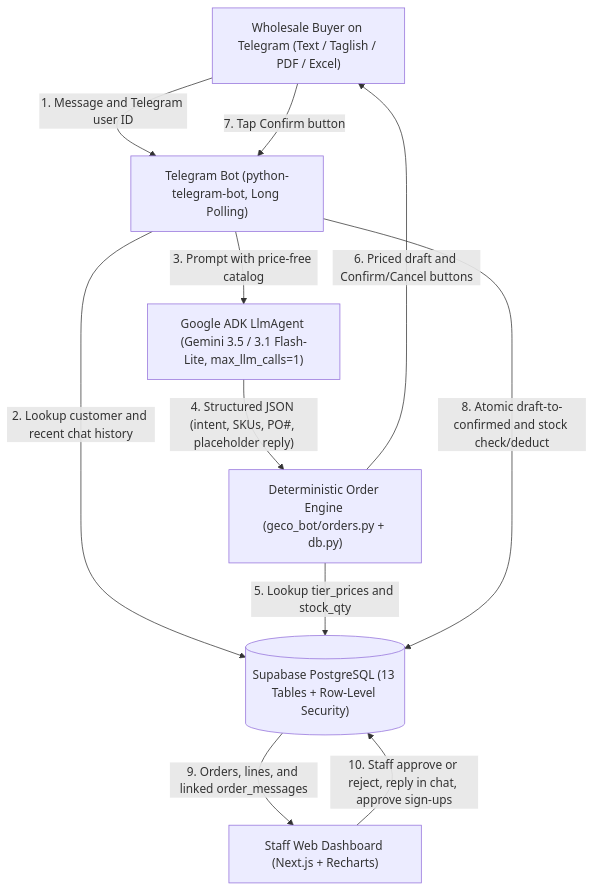
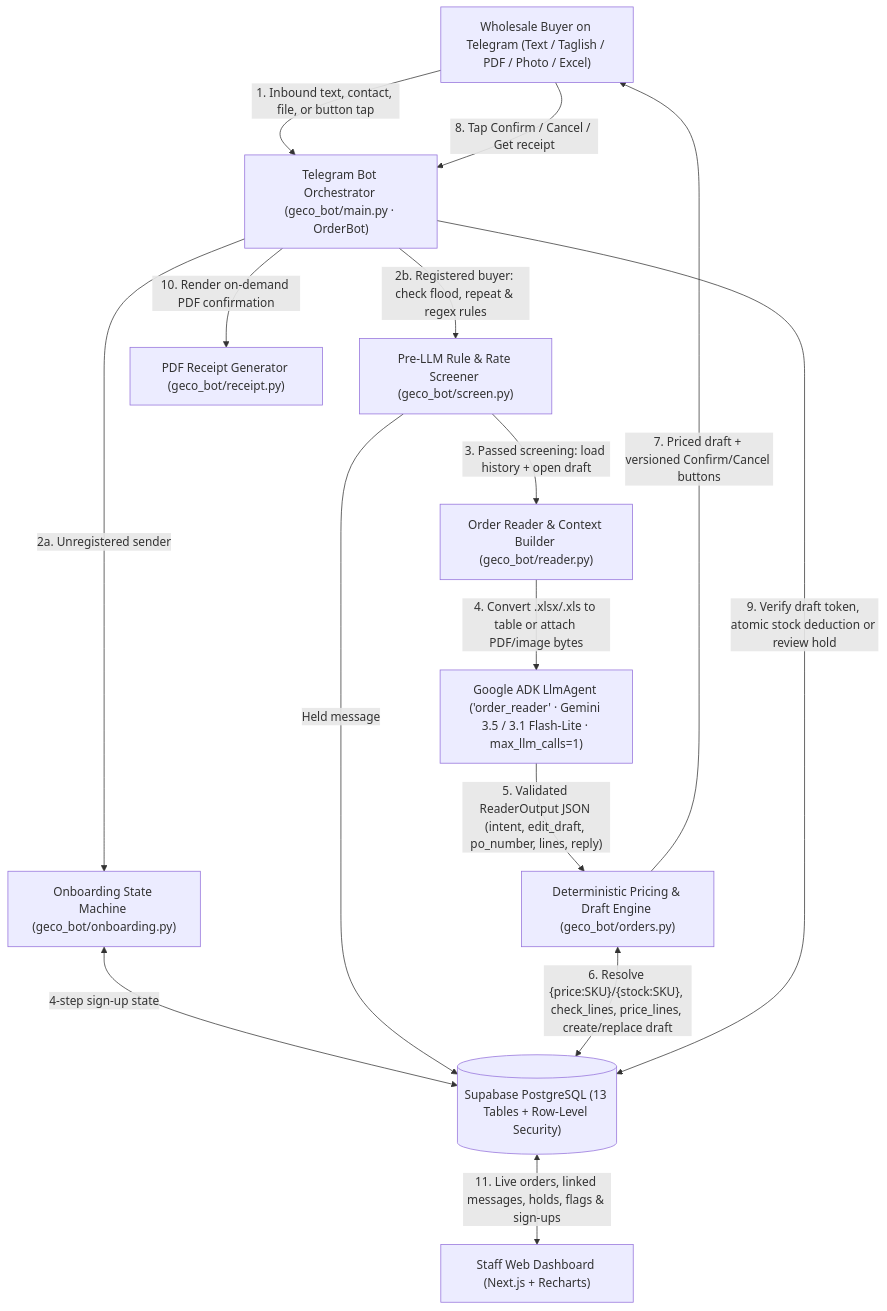
Before and after one commit to StegosaurusSaJaro/geco-order-agent: the first of 2 diagrams in README.md, drawn with Mermaid. The commit also changed other lines of this file, not shown here.

Commit message:
docs(readme): document agent architecture, reader instructions, python tooling, and HITL gates

````diff
--- a/README.md
+++ b/README.md
@@ -150,20 +150,28 @@
 ```mermaid
 flowchart TD
-    Customer["Wholesale Buyer on Telegram (Text / Taglish / PDF / Excel)"]
-    Bot["Telegram Bot (python-telegram-bot, Long Polling)"]
-    ADK["Google ADK LlmAgent (Gemini 3.5 / 3.1 Flash-Lite, max_llm_calls=1)"]
-    Engine["Deterministic Order Engine (geco_bot/orders.py + db.py)"]
+    Customer["Wholesale Buyer on Telegram (Text / Taglish / PDF / Photo / Excel)"]
+    Bot["Telegram Bot Orchestrator (geco_bot/main.py · OrderBot)"]
+    Onboard["Onboarding State Machine (geco_bot/onboarding.py)"]
+    Screen["Pre-LLM Rule & Rate Screener (geco_bot/screen.py)"]
+    Reader["Order Reader & Context Builder (geco_bot/reader.py)"]
+    ADK["Google ADK LlmAgent ('order_reader' · Gemini 3.5 / 3.1 Flash-Lite · max_llm_calls=1)"]
+    Engine["Deterministic Pricing & Draft Engine (geco_bot/orders.py)"]
+    Receipt["PDF Receipt Generator (geco_bot/receipt.py)"]
     DB[("Supabase PostgreSQL (13 Tables + Row-Level Security)")]
     Dash["Staff Web Dashboard (Next.js + Recharts)"]
 
-    Customer -->|"1. Message and Telegram user ID"| Bot
-    Bot -->|"2. Lookup customer and recent chat history"| DB
-    Bot -->|"3. Prompt with price-free catalog"| ADK
-    ADK -->|"4. Structured JSON (intent, SKUs, PO#, placeholder reply)"| Engine
-    Engine -->|"5. Lookup tier_prices and stock_qty"| DB
-    Engine -->|"6. Priced draft and Confirm/Cancel buttons"| Customer
-    Customer -->|"7. Tap Confirm button"| Bot
-    Bot -->|"8. Atomic draft-to-confirmed and stock check/deduct"| DB
-    DB -->|"9. Orders, lines, and linked order_messages"| Dash
-    Dash -->|"10. Staff approve or reject, reply in chat, approve sign-ups"| DB
+    Customer -->|"1. Inbound text, contact, file, or button tap"| Bot
+    Bot -->|"2a. Unregistered sender"| Onboard
+    Onboard <-->|"4-step sign-up state"| DB
+    Bot -->|"2b. Registered buyer: check flood, repeat & regex rules"| Screen
+    Screen -->|"Held message"| DB
+    Screen -->|"3. Passed screening: load history + open draft"| Reader
+    Reader -->|"4. Convert .xlsx/.xls to table or attach PDF/image bytes"| ADK
+    ADK -->|"5. Validated ReaderOutput JSON (intent, edit_draft, po_number, lines, reply)"| Engine
+    Engine <-->|"6. Resolve {price:SKU}/{stock:SKU}, check_lines, price_lines, create/replace draft"| DB
+    Engine -->|"7. Priced draft + versioned Confirm/Cancel buttons"| Customer
+    Customer -->|"8. Tap Confirm / Cancel / Get receipt"| Bot
+    Bot -->|"9. Verify draft token, atomic stock deduction or review hold"| DB
+    Bot -->|"10. Render on-demand PDF confirmation"| Receipt
+    DB <-->|"11. Live orders, linked messages, holds, flags & sign-ups"| Dash
 ```
````
